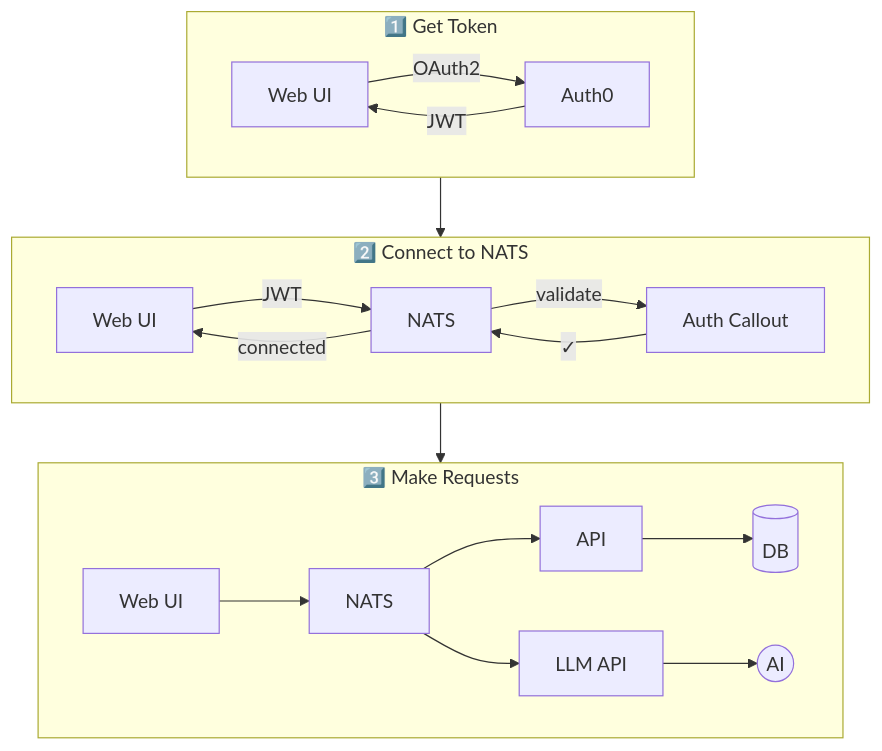
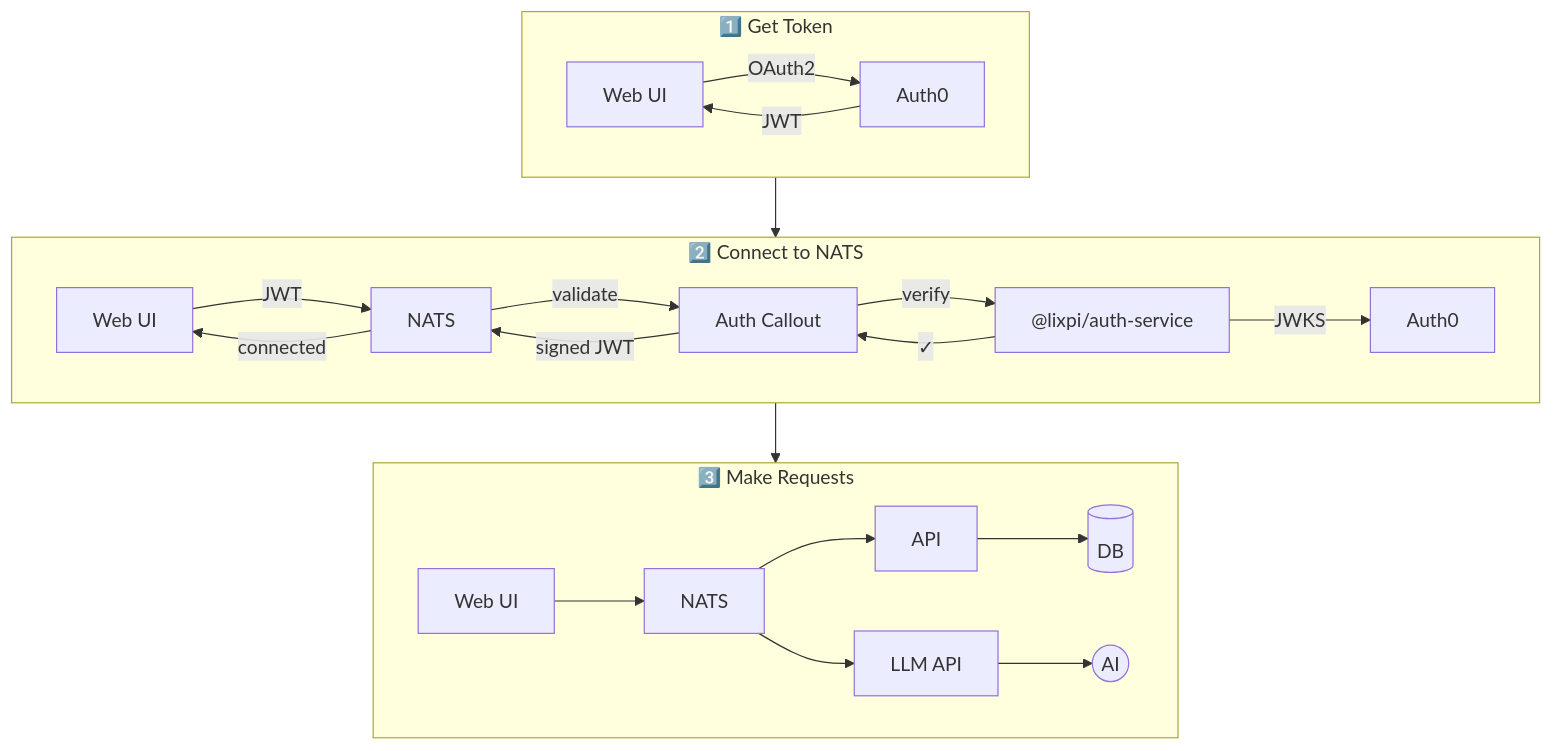
The second of 5 diagrams in README.md (Lixpi/lixpi), drawn with Mermaid before and after one commit. The commit also changed other lines of this file, not shown here.

````diff
--- a/README.md
+++ b/README.md
@@ -190,22 +207,25 @@
 ```mermaid
 flowchart TB
     subgraph Step1["1️⃣ Get Token"]
         A["Web UI"] -->|OAuth2| B["Auth0"]
         B -->|JWT| A
     end
 
     subgraph Step2["2️⃣ Connect to NATS"]
         C["Web UI"] -->|JWT| D["NATS"]
         D -->|validate| E["Auth Callout"]
-        E -->|✓| D
+        E -->|verify| F["@lixpi/auth-service"]
+        F -->|JWKS| G["Auth0"]
+        F -->|✓| E
+        E -->|signed JWT| D
         D -->|connected| C
     end
 
     subgraph Step3["3️⃣ Make Requests"]
-        F["Web UI"] --> G["NATS"]
-        G --> H["API"] --> I[(DB)]
-        G --> J["LLM API"] --> K(("AI"))
+        H["Web UI"] --> I["NATS"]
+        I --> J["API"] --> K[(DB)]
+        I --> L["LLM API"] --> M(("AI"))
     end
 
     Step1 --> Step2 --> Step3
 ```
````
